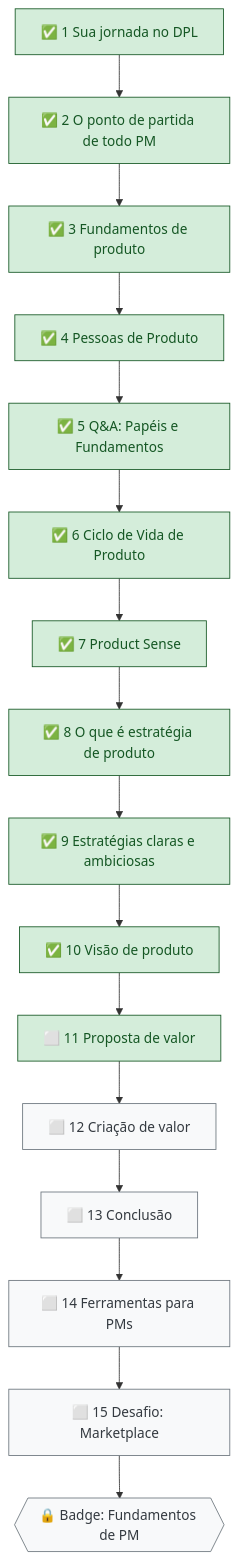
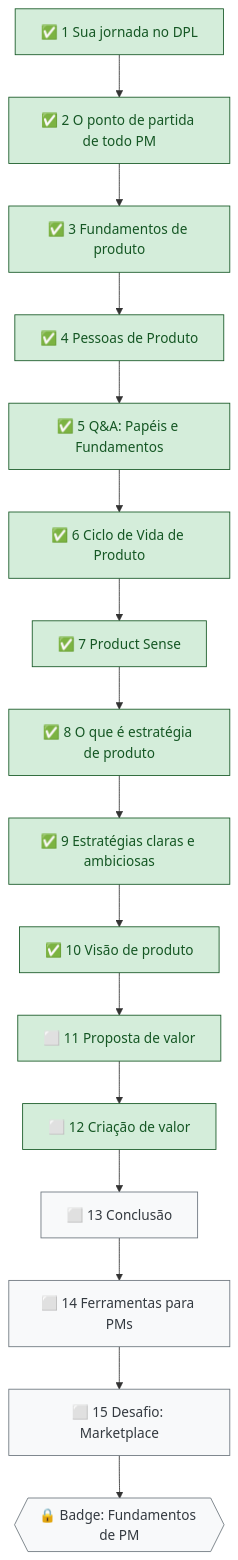
Before and after one commit to letsprown-code/po-learning-journal: the second of 2 diagrams in mapa-de-estudos.md, drawn with Mermaid. The commit also changed other lines of this file and 4 other files, not shown here.

```diff
--- a/mapa-de-estudos.md
+++ b/mapa-de-estudos.md
@@ -42,13 +42,13 @@
 ~~~mermaid
 flowchart TD
     L1["✅ 1 Sua jornada no DPL"] --> L2["✅ 2 O ponto de partida de todo PM"] --> L3["✅ 3 Fundamentos de produto"]
     L3 --> L4["✅ 4 Pessoas de Produto"] --> L5["✅ 5 Q&A: Papéis e Fundamentos"] --> L6["✅ 6 Ciclo de Vida de Produto"]
     L6 --> L7["✅ 7 Product Sense"] --> L8["✅ 8 O que é estratégia de produto"] --> L9["✅ 9 Estratégias claras e ambiciosas"]
     L9 --> L10["✅ 10 Visão de produto"] --> L11["⬜ 11 Proposta de valor"] --> L12["⬜ 12 Criação de valor"]
     L12 --> L13["⬜ 13 Conclusão"] --> L14["⬜ 14 Ferramentas para PMs"] --> L15["⬜ 15 Desafio: Marketplace"]
     L15 --> B{{"🔒 Badge: Fundamentos de PM"}}
     classDef done fill:#d4edda,stroke:#155724,color:#155724
     classDef todo fill:#f8f9fa,stroke:#6c757d,color:#343a40
-    class L1,L2,L3,L4,L5,L6,L7,L8,L9,L10,L11 done
-    class L12,L13,L14,L15,B todo
+    class L1,L2,L3,L4,L5,L6,L7,L8,L9,L10,L11,L12 done
+    class L13,L14,L15,B todo
 ~~~
```
